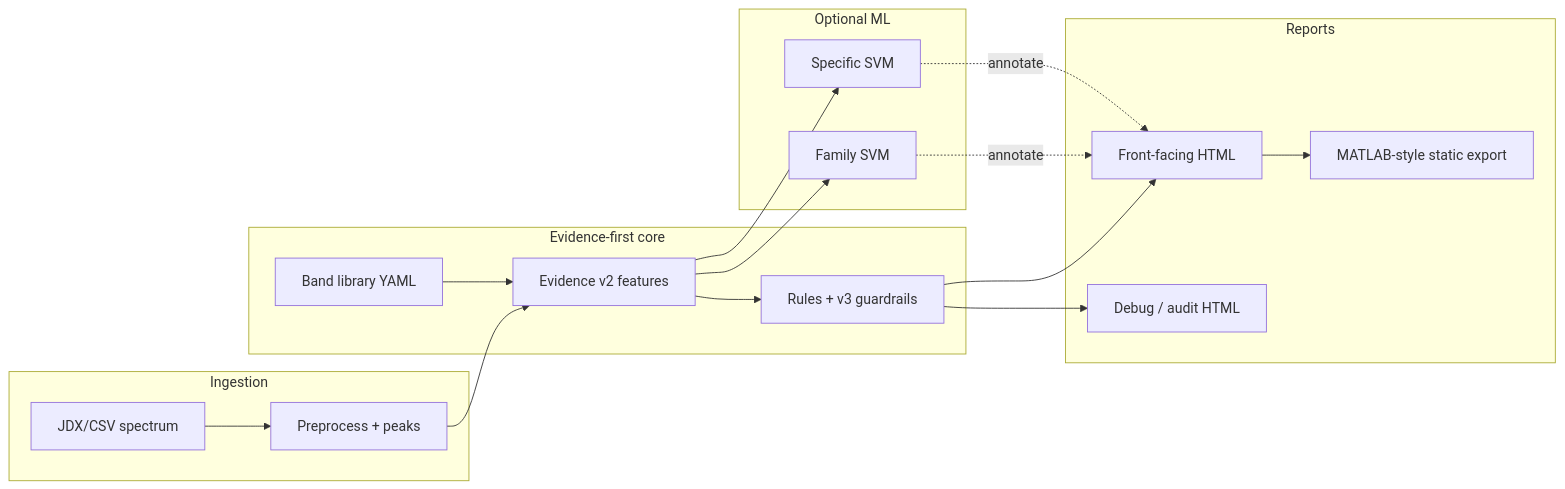
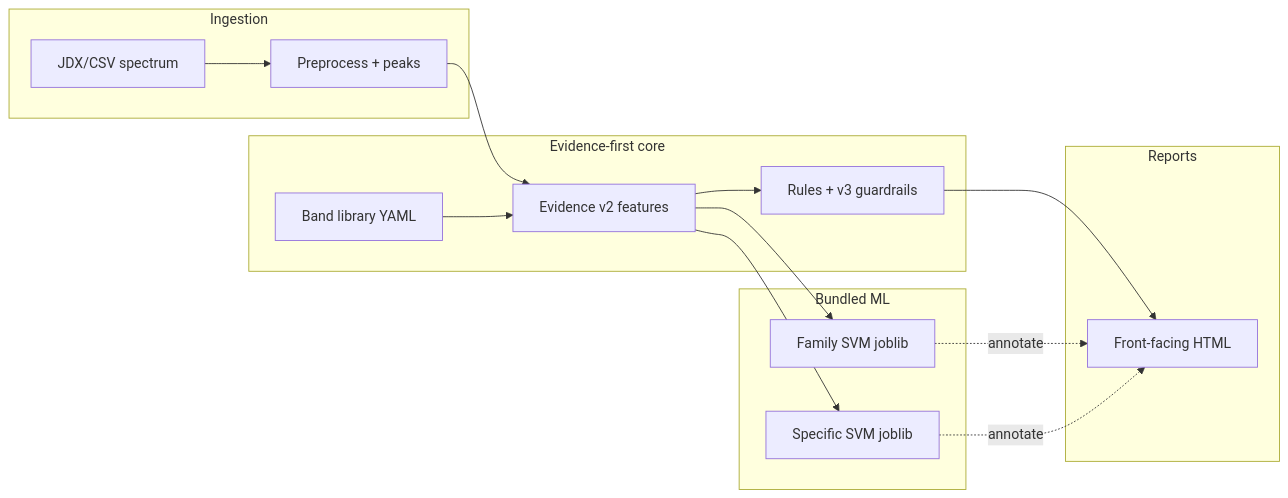
Before and after one commit to glsalierno/SpectraReason: the diagram in README.md, drawn with Mermaid. The commit also changed other lines of this file and 23 other files, not shown here.

````diff
--- a/README.md
+++ b/README.md
@@ -30,30 +75,26 @@
 ```mermaid
 flowchart LR
   subgraph ingest [Ingestion]
     CSV[JDX/CSV spectrum]
     PRE[Preprocess + peaks]
   end
   subgraph evidence [Evidence-first core]
     BL[Band library YAML]
     EV[Evidence v2 features]
     RL[Rules + v3 guardrails]
   end
-  subgraph optional [Optional ML]
-    FAM[Family SVM]
-    SPE[Specific SVM]
+  subgraph optional [Bundled ML]
+    FAM[Family SVM joblib]
+    SPE[Specific SVM joblib]
   end
   subgraph out [Reports]
     FRONT[Front-facing HTML]
-    DEBUG[Debug / audit HTML]
-    STATIC[MATLAB-style static export]
   end
   CSV --> PRE --> EV
   BL --> EV --> RL
   EV --> FAM
   EV --> SPE
   RL --> FRONT
   FAM -. annotate .-> FRONT
   SPE -. annotate .-> FRONT
-  RL --> DEBUG
-  FRONT --> STATIC
 ```
````
